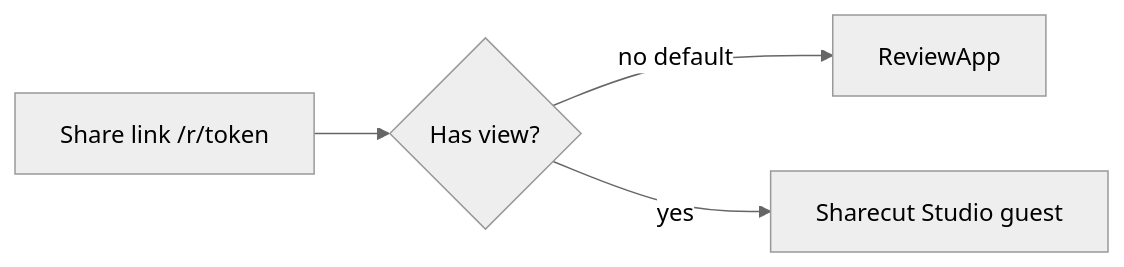
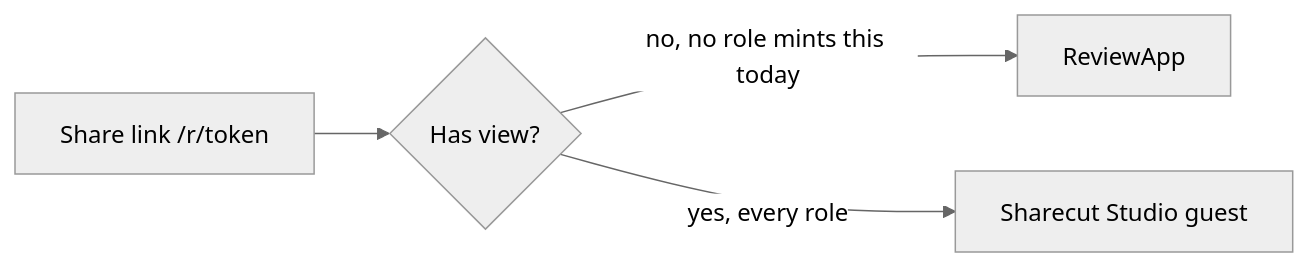
One commit to calebn/sharecut-studio changed the third of 3 diagrams in ux/pages/screen-inventory.md. Above: the diagram before and after it, drawn with Mermaid (neutral theme). The commit also changed other lines of this file and 25 other files, not shown here.

````diff
--- a/ux/pages/screen-inventory.md
+++ b/ux/pages/screen-inventory.md
@@ -352,6 +352,6 @@
 ```mermaid
 flowchart LR
   shareLink["Share link /r/token"] --> hasView{Has view?}
-  hasView -->|no default| reviewApp[ReviewApp]
-  hasView -->|yes| dawGuest[Sharecut Studio guest]
+  hasView -->|no, no role mints this today| reviewApp[ReviewApp]
+  hasView -->|yes, every role| dawGuest[Sharecut Studio guest]
 ```
````
